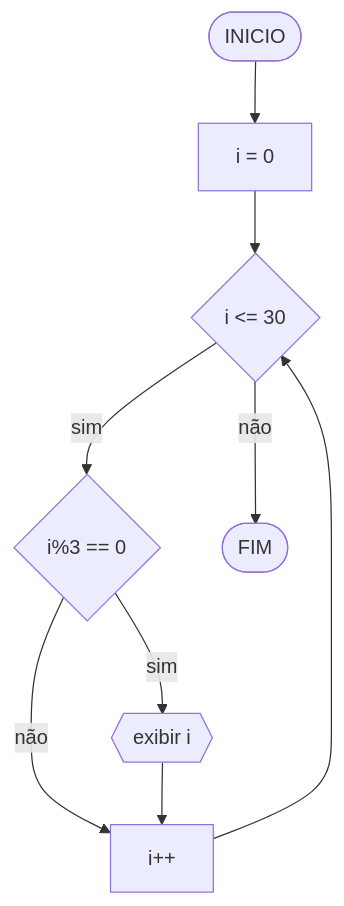
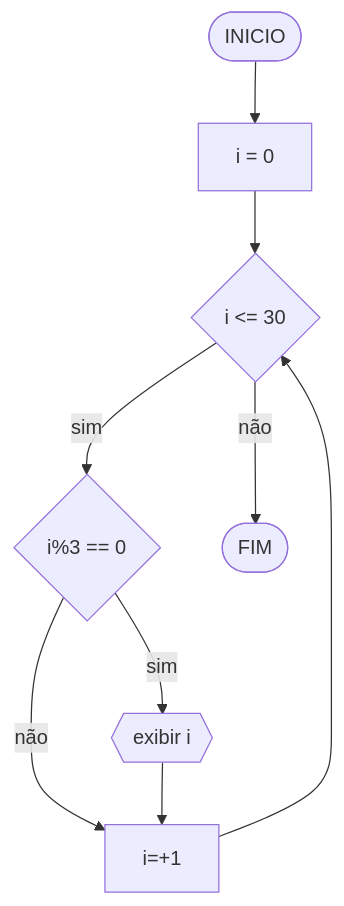
One commit to ArturDP/UNIFOR changed the second of 2 diagrams in lista3_exercicios.md. Above: the diagram before and after it, drawn with Mermaid.

````diff
--- a/lista3_exercicios.md
+++ b/lista3_exercicios.md
@@ -52,12 +52,12 @@
 ```mermaid
 flowchart TD
 
 A([INICIO]) --> B["i = 0"]
 B --> C{i <= 30}
 C -- sim --> D{i%3 == 0}
 C -- não --> E([FIM])
-D -- não --> F["i++"]
+D -- não --> F["i=+1"]
 F --> C
 D -- sim --> G{{"exibir i"}}
 G --> F
 ```
````
